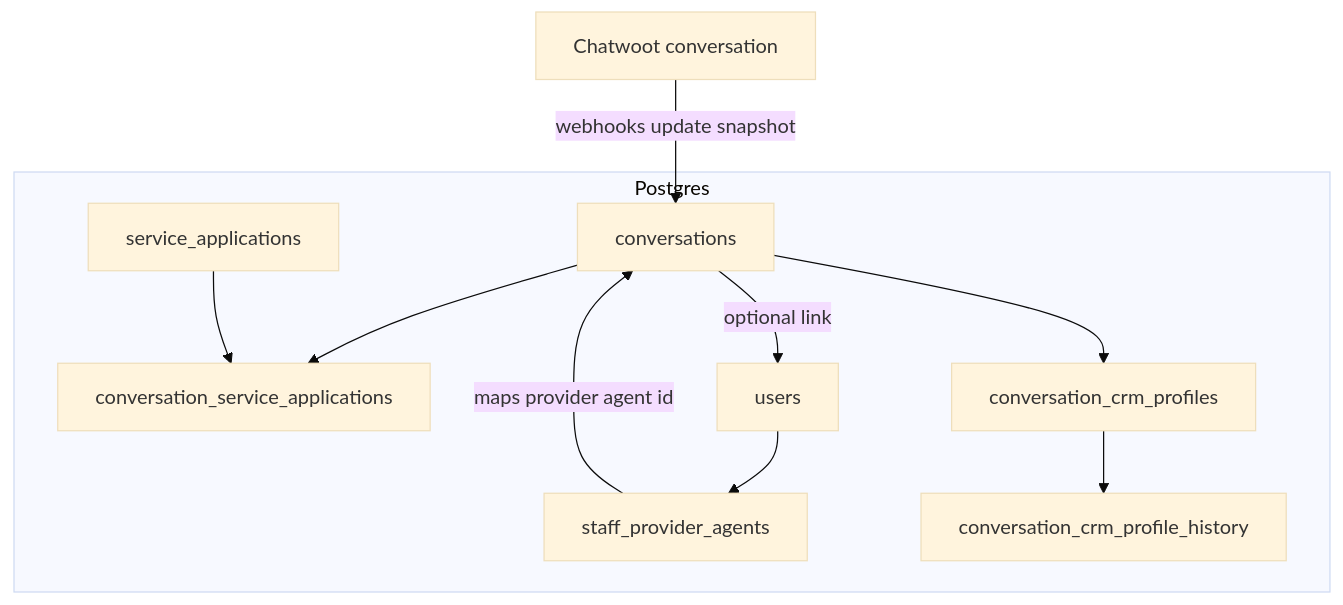
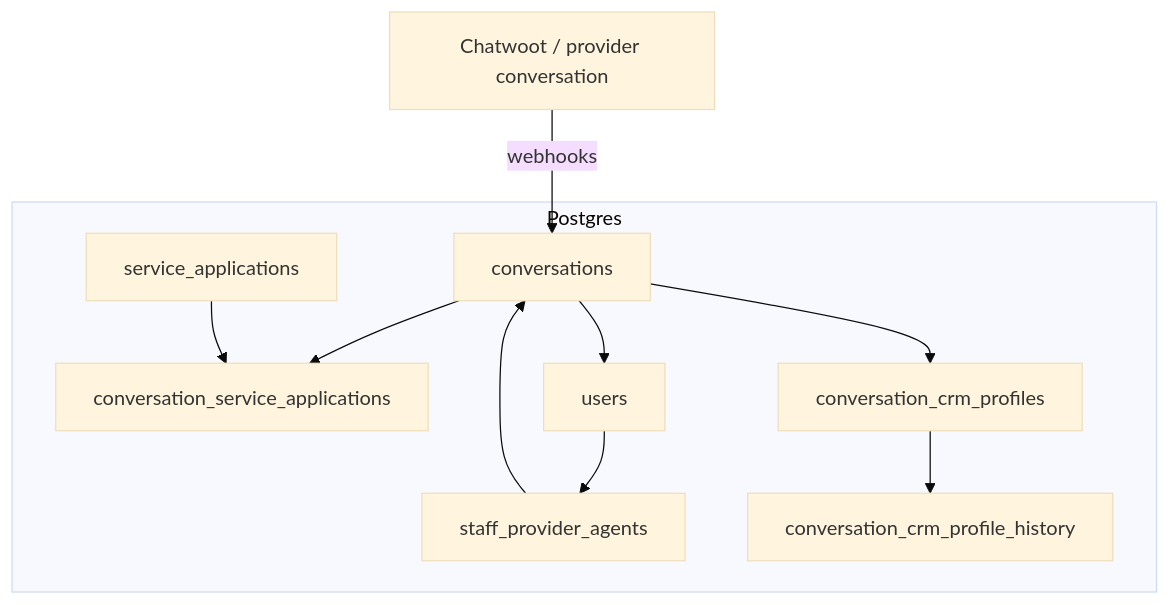
The fifth of 11 diagrams in diagrams.md (Kaung-HtetKyaw/readme-testing), drawn with Mermaid (base theme) before and after one commit. The commit also changed other lines of this file, not shown here.

Commit message:
revise diagrams

````diff
--- a/diagrams.md
+++ b/diagrams.md
@@ -156,23 +125,25 @@
 ```mermaid
 flowchart TB
-  CW[Chatwoot conversation]
+  CW[Chatwoot / provider conversation]
 
-  subgraph pg["Postgres"]
+  subgraph pg[Postgres]
     CONV[conversations]
     SPA[staff_provider_agents]
     CSA[conversation_service_applications]
     CRM[conversation_crm_profiles]
     CRMH[conversation_crm_profile_history]
-    APP[service_applications]
+    SA[service_applications]
     U[users]
   end
 
-  CW -->|webhooks update snapshot| CONV
-  CONV -->|optional link| U
+  CW -->|webhooks| CONV
+  CONV --> U
+  U --> SPA
+  SPA --> CONV
+
   CONV --> CSA
-  APP --> CSA
+  SA --> CSA
+
   CONV --> CRM
   CRM --> CRMH
-  U --> SPA
-  SPA -->|maps provider agent id| CONV
 ```
````
